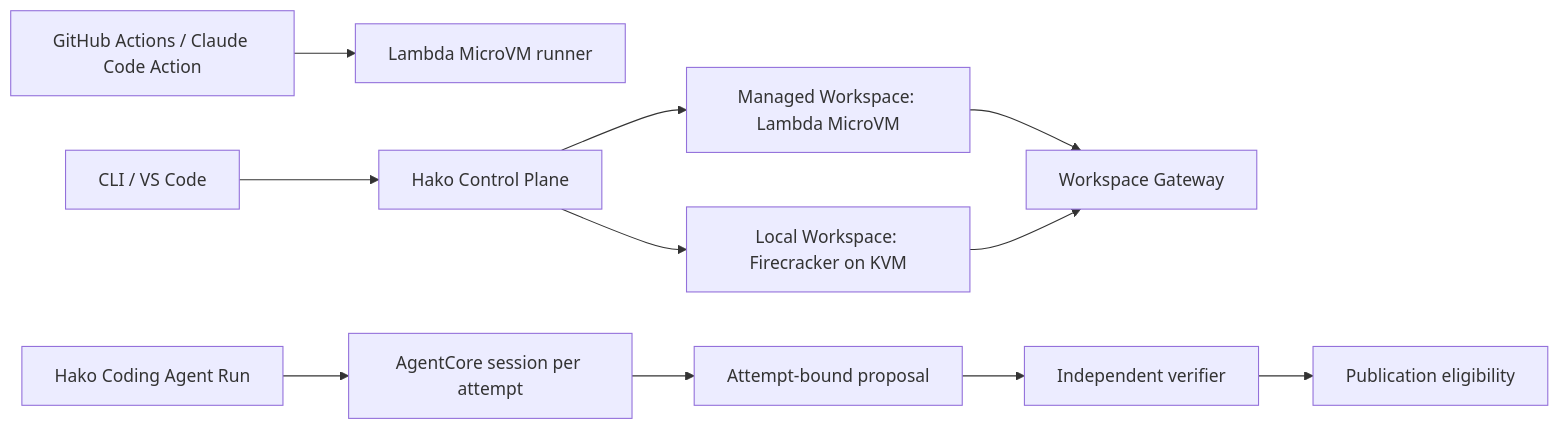
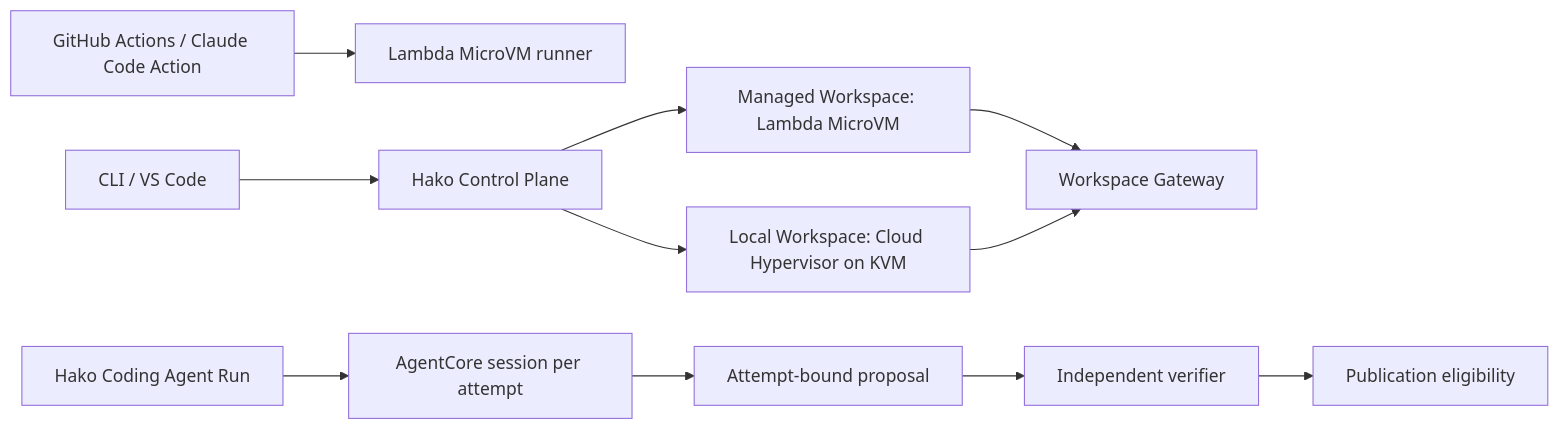
The diagram in docs/execution-architecture.md (mo3789530/hako), drawn with Mermaid before and after one commit. The commit also changed other lines of this file and 46 other files, not shown here.

Commit message:
feat: migrate local workspace runtime to cloud hypervisor

````diff
--- a/docs/execution-architecture.md
+++ b/docs/execution-architecture.md
@@ -24,13 +24,13 @@
 ```mermaid
 flowchart LR
   GH[GitHub Actions / Claude Code Action] --> LR[Lambda MicroVM runner]
   CLI[Hako Coding Agent Run] --> AR[AgentCore session per attempt]
   DEV[CLI / VS Code] --> CP[Hako Control Plane]
   CP --> MR[Managed Workspace: Lambda MicroVM]
-  CP --> LRW[Local Workspace: Firecracker on KVM]
+  CP --> LRW[Local Workspace: Cloud Hypervisor on KVM]
   MR --> GW[Workspace Gateway]
   LRW --> GW
   AR --> PR[Attempt-bound proposal]
   PR --> IV[Independent verifier]
   IV --> PUB[Publication eligibility]
 ```
````
